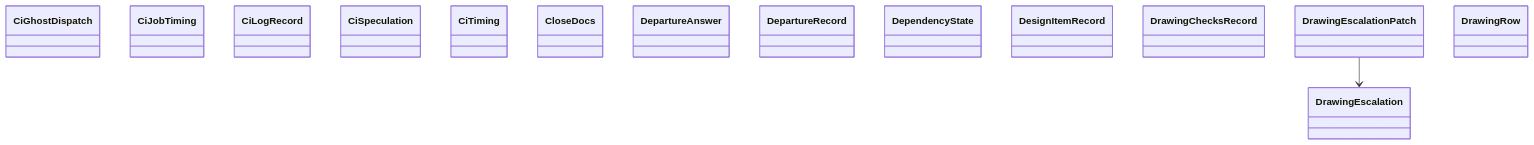
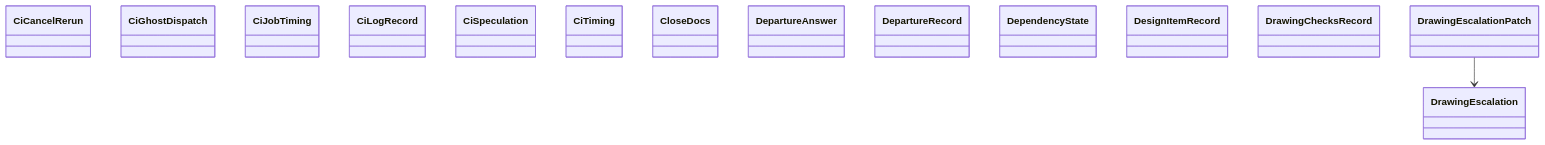
Before and after one commit to GonzaloZevallos/agentic-system: the diagram in docs/architecture/generated/classes-process-domain-state-5.md, drawn with Mermaid. The commit also changed other lines of this file and 11 other files, not shown here.

Commit message:
Register the early_split channel in the reducer test and regenerate the architecture docs

````diff
--- a/docs/architecture/generated/classes-process-domain-state-5.md
+++ b/docs/architecture/generated/classes-process-domain-state-5.md
@@ -32,18 +32,18 @@
 ```mermaid
 classDiagram
+    class task__CiCancelRerun["CiCancelRerun"]
     class task__CiGhostDispatch["CiGhostDispatch"]
     class task__CiJobTiming["CiJobTiming"]
     class task__CiLogRecord["CiLogRecord"]
     class task__CiSpeculation["CiSpeculation"]
     class task__CiTiming["CiTiming"]
     class task__CloseDocs["CloseDocs"]
     class task__DepartureAnswer["DepartureAnswer"]
     class task__DepartureRecord["DepartureRecord"]
     class task__DependencyState["DependencyState"]
     class task__DesignItemRecord["DesignItemRecord"]
     class task__DrawingChecksRecord["DrawingChecksRecord"]
     class task__DrawingEscalation["DrawingEscalation"]
     class task__DrawingEscalationPatch["DrawingEscalationPatch"]
-    class task__DrawingRow["DrawingRow"]
     task__DrawingEscalationPatch --> task__DrawingEscalation
 ```
````
